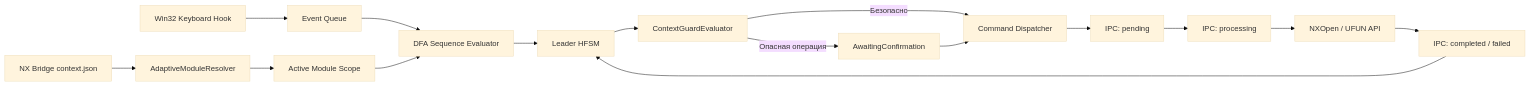
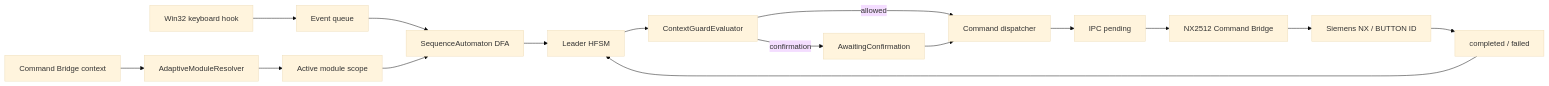
The diagram in README.md (Homiakus/NXkeys), drawn with Mermaid (base theme) before and after one commit. The commit also changed other lines of this file, not shown here.

Commit message:
Обновить README под мнемонический язык schema v5

````diff
--- a/README.md
+++ b/README.md
@@ -98,18 +349,18 @@
 ```mermaid
 flowchart LR
-    Hook[Win32 Keyboard Hook] --> Queue[Event Queue]
-    BridgeContext[NX Bridge context.json] --> Resolver[AdaptiveModuleResolver]
-    Resolver --> Scope[Active Module Scope]
-    Queue --> DFA[DFA Sequence Evaluator]
+    Keyboard[Win32 keyboard hook] --> Queue[Event queue]
+    Context[Command Bridge context] --> Resolver[AdaptiveModuleResolver]
+    Resolver --> Scope[Active module scope]
+    Queue --> DFA[SequenceAutomaton DFA]
     Scope --> DFA
     DFA --> HFSM[Leader HFSM]
     HFSM --> Guards[ContextGuardEvaluator]
-    Guards -->|Опасная операция| Confirm[AwaitingConfirmation]
-    Guards -->|Безопасно| Dispatch[Command Dispatcher]
+    Guards -->|confirmation| Confirm[AwaitingConfirmation]
+    Guards -->|allowed| Dispatch[Command dispatcher]
     Confirm --> Dispatch
-    Dispatch --> Pending[IPC: pending]
-    Pending --> Processing[IPC: processing]
-    Processing --> NX[NXOpen / UFUN API]
-    NX --> Result[IPC: completed / failed]
+    Dispatch --> Pending[IPC pending]
+    Pending --> Bridge[NX2512 Command Bridge]
+    Bridge --> NX[Siemens NX / BUTTON ID]
+    NX --> Result[completed / failed]
     Result --> HFSM
 ```
````
